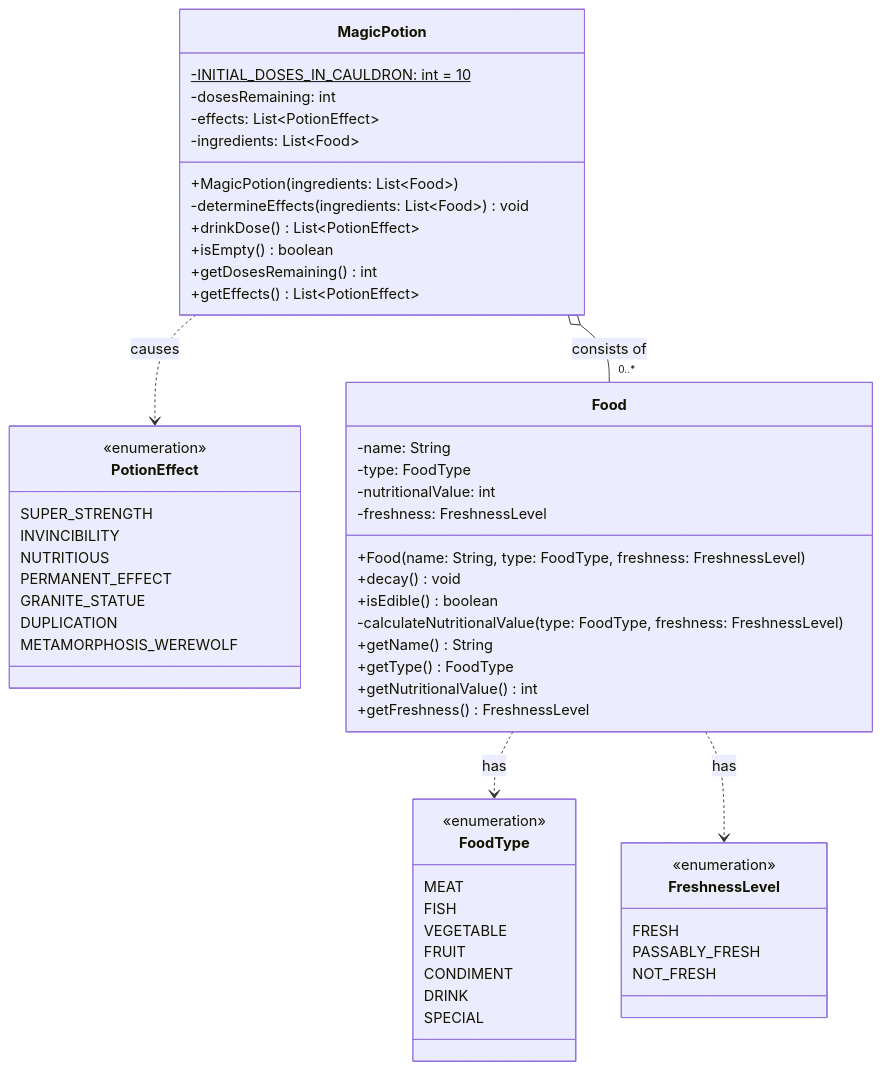
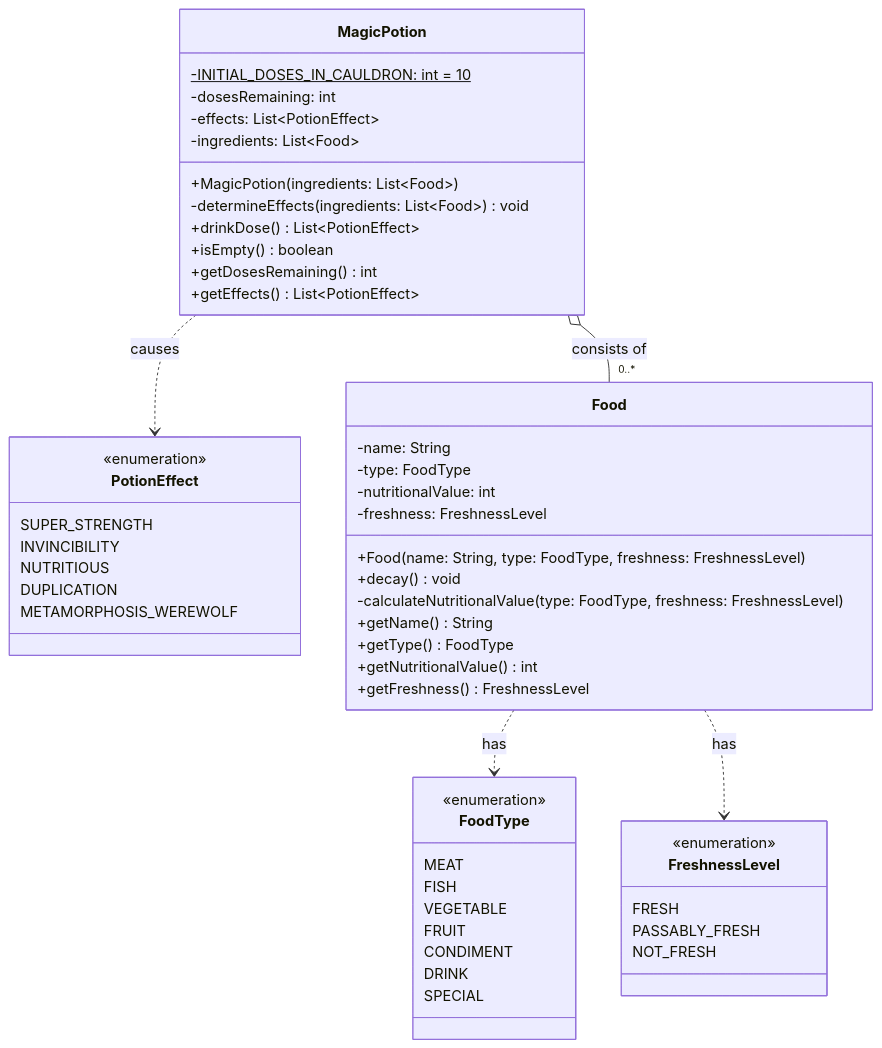
Before and after one commit to Gustin-MAILHE/R304_Projet_Qualite_Dev: the diagram in diagrams/diag_food.md, drawn with Mermaid. The commit also changed 7 other files, not shown here.

````diff
--- a/diagrams/diag_food.md
+++ b/diagrams/diag_food.md
@@ -1,69 +1,66 @@
 ```mermaid
 classDiagram
     %% --- ENUMS ---
     class FoodType {
     <<enumeration>>
     MEAT
     FISH
     VEGETABLE
     FRUIT
     CONDIMENT
     DRINK
     SPECIAL
     }
 
     class FreshnessLevel {
         <<enumeration>>
         FRESH
         PASSABLY_FRESH
         NOT_FRESH
     }
 
     class PotionEffect {
         <<enumeration>>
         SUPER_STRENGTH
         INVINCIBILITY
         NUTRITIOUS
-        PERMANENT_EFFECT
-        GRANITE_STATUE
         DUPLICATION
         METAMORPHOSIS_WEREWOLF
     }
 
     %% --- CLASSES PRINCIPALES ---
 
     class Food {
         -name: String
         -type: FoodType
         -nutritionalValue: int
         -freshness: FreshnessLevel
         +Food(name: String, type: FoodType, freshness: FreshnessLevel)
         +decay() void
-        +isEdible() boolean
         -calculateNutritionalValue(type: FoodType, freshness: FreshnessLevel)
         +getName() String
         +getType() FoodType
         +getNutritionalValue() int
         +getFreshness() FreshnessLevel
     }
 
     class MagicPotion {
         -INITIAL_DOSES_IN_CAULDRON: int = 10$
         -dosesRemaining: int
         -effects: List~PotionEffect~
         -ingredients: List~Food~
         +MagicPotion(ingredients: List~Food~)
         -determineEffects(ingredients: List~Food~) void
         +drinkDose() List~PotionEffect~
         +isEmpty() boolean
         +getDosesRemaining() int
         +getEffects() List~PotionEffect~
     }
 
     %% --- RELATIONS ---
 
     MagicPotion o-- "0..*" Food : consists of
     Food ..> FoodType : has
     Food ..> FreshnessLevel : has
     MagicPotion ..> PotionEffect : causes
 ```
````
